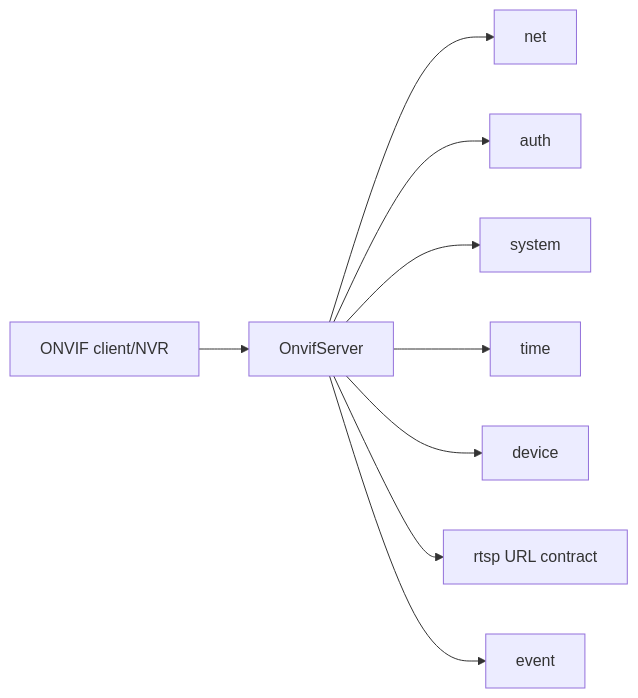
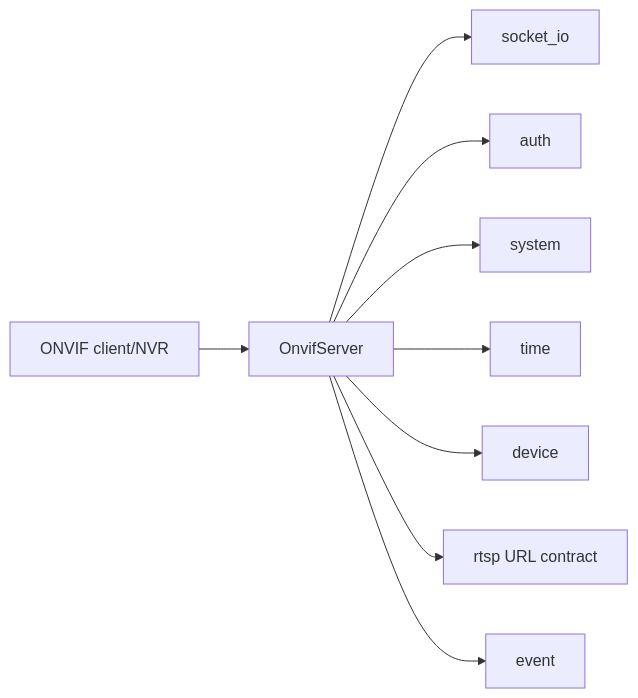
Before and after one commit to 373699756/live_stream: the diagram in docs/libs/onvif.md, drawn with Mermaid. The commit also changed other lines of this file and 130 other files, not shown here.

Commit message:
refactor: rename net module to socket io

````diff
--- a/docs/libs/onvif.md
+++ b/docs/libs/onvif.md
@@ -15,11 +15,11 @@
 ```mermaid
 flowchart LR
   Client[ONVIF client/NVR] --> ONVIF[OnvifServer]
-  ONVIF --> Net[net]
+  ONVIF --> SocketIo[socket_io]
   ONVIF --> Auth[auth]
   ONVIF --> System[system]
   ONVIF --> Time[time]
   ONVIF --> Media[device]
   ONVIF --> RTSP[rtsp URL contract]
   ONVIF --> Event[event]
 ```
````
